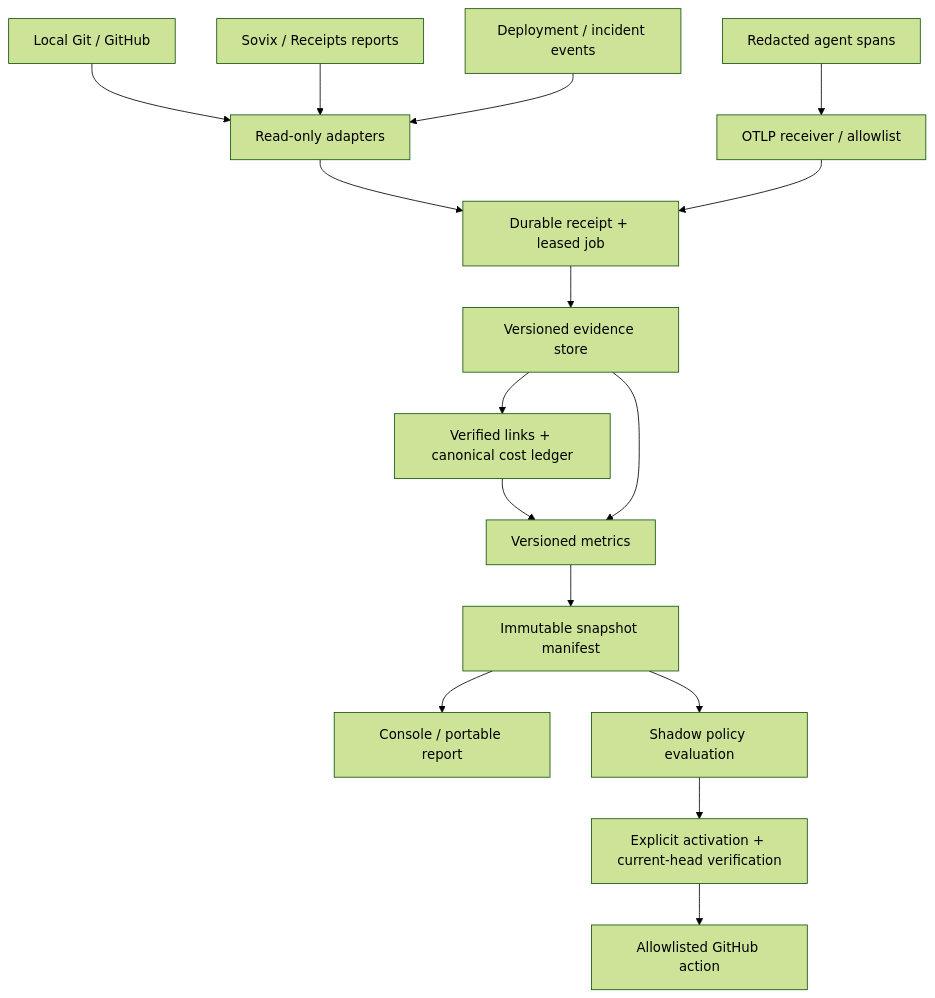
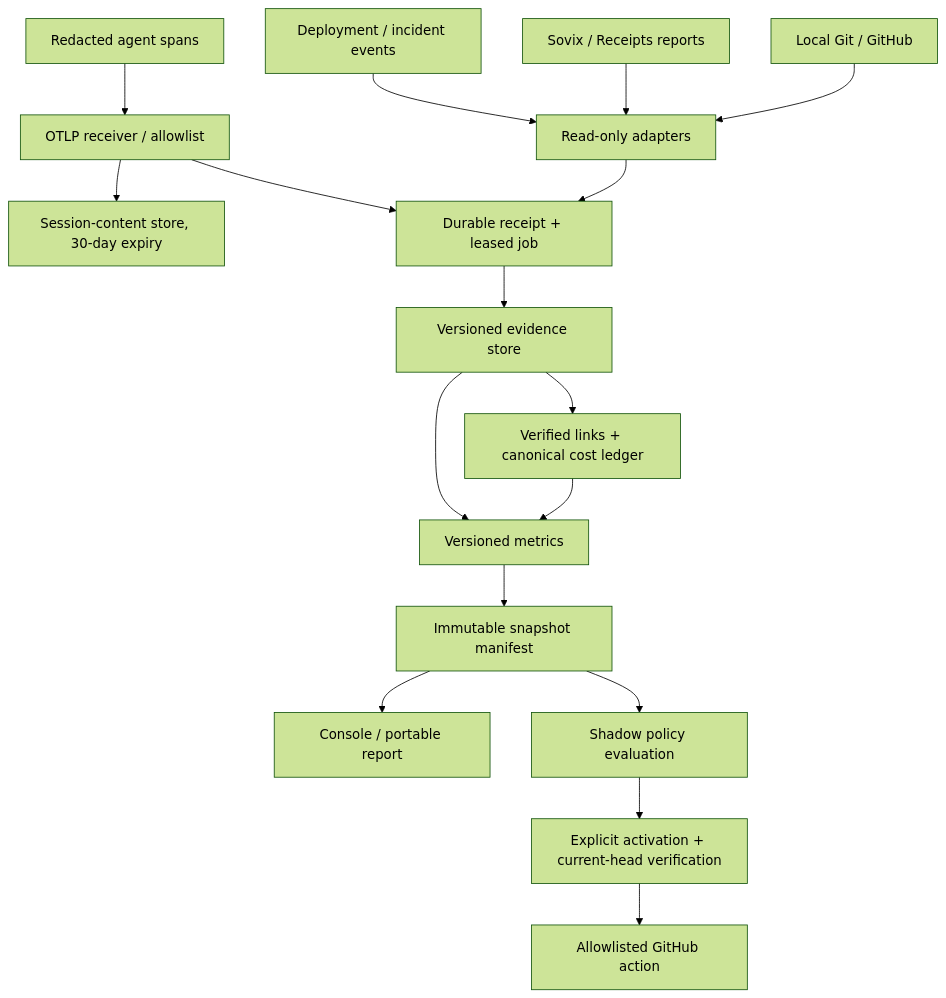
The diagram in specs/001-sovix-evidence/plan.md (Shashank2577/sovix-evidence), drawn with Mermaid (forest theme) before and after one commit. The commit also changed other lines of this file and 292 other files, not shown here.

````diff
--- a/specs/001-sovix-evidence/plan.md
+++ b/specs/001-sovix-evidence/plan.md
@@ -95,18 +95,19 @@
 ```mermaid
 flowchart TD
   G[Local Git / GitHub] --> A[Read-only adapters]
   L[Sovix / Receipts reports] --> A
   T[Redacted agent spans] --> R[OTLP receiver / allowlist]
+  R --> K[Session-content store, 30-day expiry]
   D[Deployment / incident events] --> A
   A --> J[Durable receipt + leased job]
   R --> J
   J --> E[Versioned evidence store]
   E --> C[Verified links + canonical cost ledger]
   C --> M[Versioned metrics]
   E --> M
   M --> S[Immutable snapshot manifest]
   S --> UI[Console / portable report]
   S --> P[Shadow policy evaluation]
   P --> V[Explicit activation + current-head verification]
   V --> H[Allowlisted GitHub action]
 ```
````
